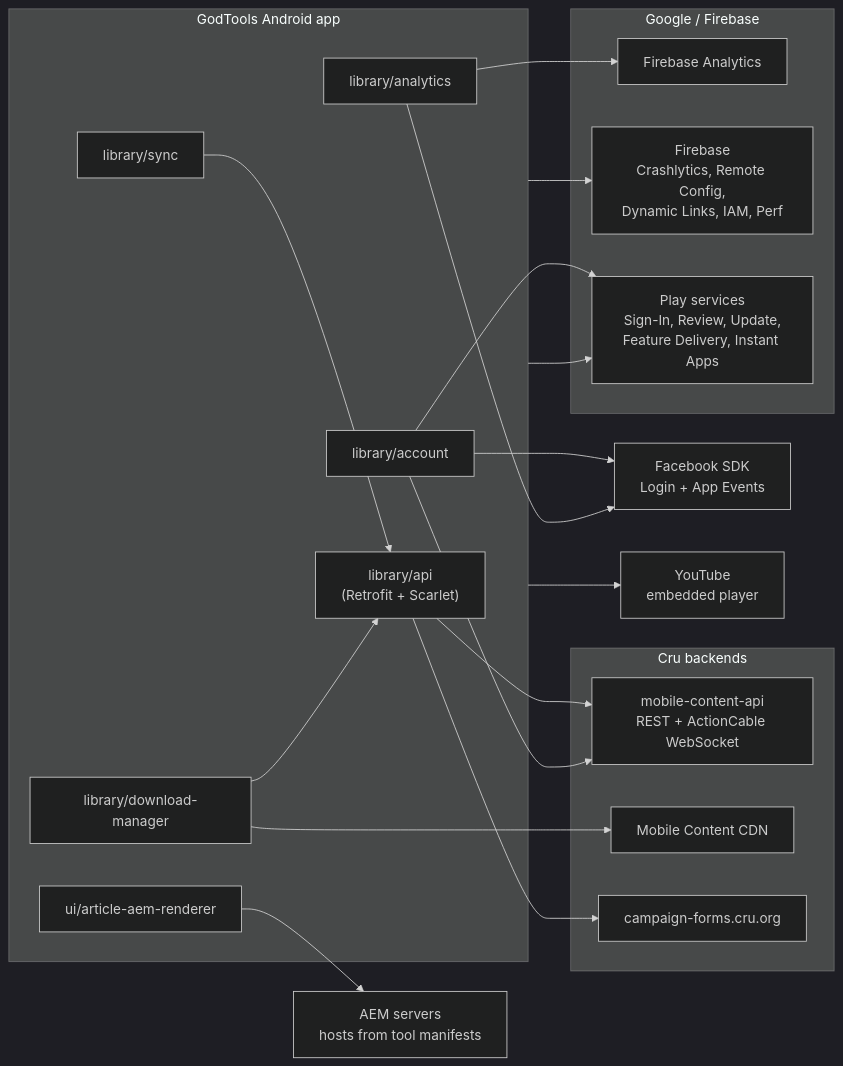
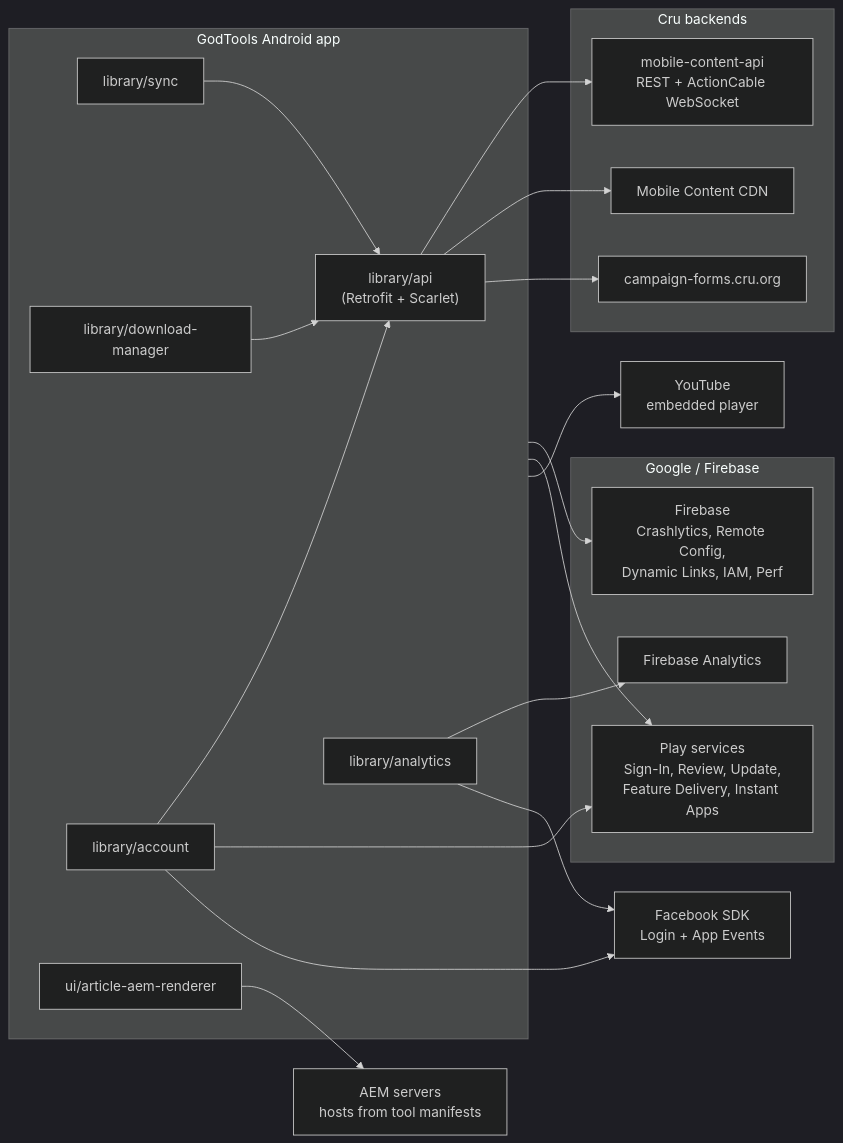
The first of 3 diagrams in wiki/Services-and-Integrations.md (CruGlobal/godtools-android), drawn with Mermaid (dark theme) before and after one commit. The commit also changed other lines of this file and 11 other files, not shown here.

````diff
--- a/wiki/Services-and-Integrations.md
+++ b/wiki/Services-and-Integrations.md
@@ -7,42 +7,42 @@
 ```mermaid
 flowchart LR
     subgraph App["GodTools Android app"]
         api["library/api<br/>(Retrofit + Scarlet)"]
         sync["library/sync"]
         dm["library/download-manager"]
         account["library/account"]
         analytics["library/analytics"]
         aem["ui/article-aem-renderer"]
     end
 
     subgraph Cru["Cru backends"]
         mca["mobile-content-api<br/>REST + ActionCable WebSocket"]
         cdn["Mobile Content CDN"]
         campaign["campaign-forms.cru.org"]
     end
 
     subgraph Google["Google / Firebase"]
         fbAnalytics["Firebase Analytics"]
         firebase["Firebase<br/>Crashlytics, Remote Config,<br/>Dynamic Links, IAM, Perf"]
         play["Play services<br/>Sign-In, Review, Update,<br/>Feature Delivery, Instant Apps"]
     end
 
     fb["Facebook SDK<br/>Login + App Events"]
     aemHosts["AEM servers<br/>hosts from tool manifests"]
     yt["YouTube<br/>embedded player"]
 
     api --> mca
+    api --> cdn
     api --> campaign
     sync --> api
     dm --> api
-    dm --> cdn
-    account --> mca
+    account --> api
     account --> play
     account --> fb
     analytics --> fbAnalytics
     analytics --> fb
     aem --> aemHosts
     App --> firebase
     App --> play
     App --> yt
 ```
````
